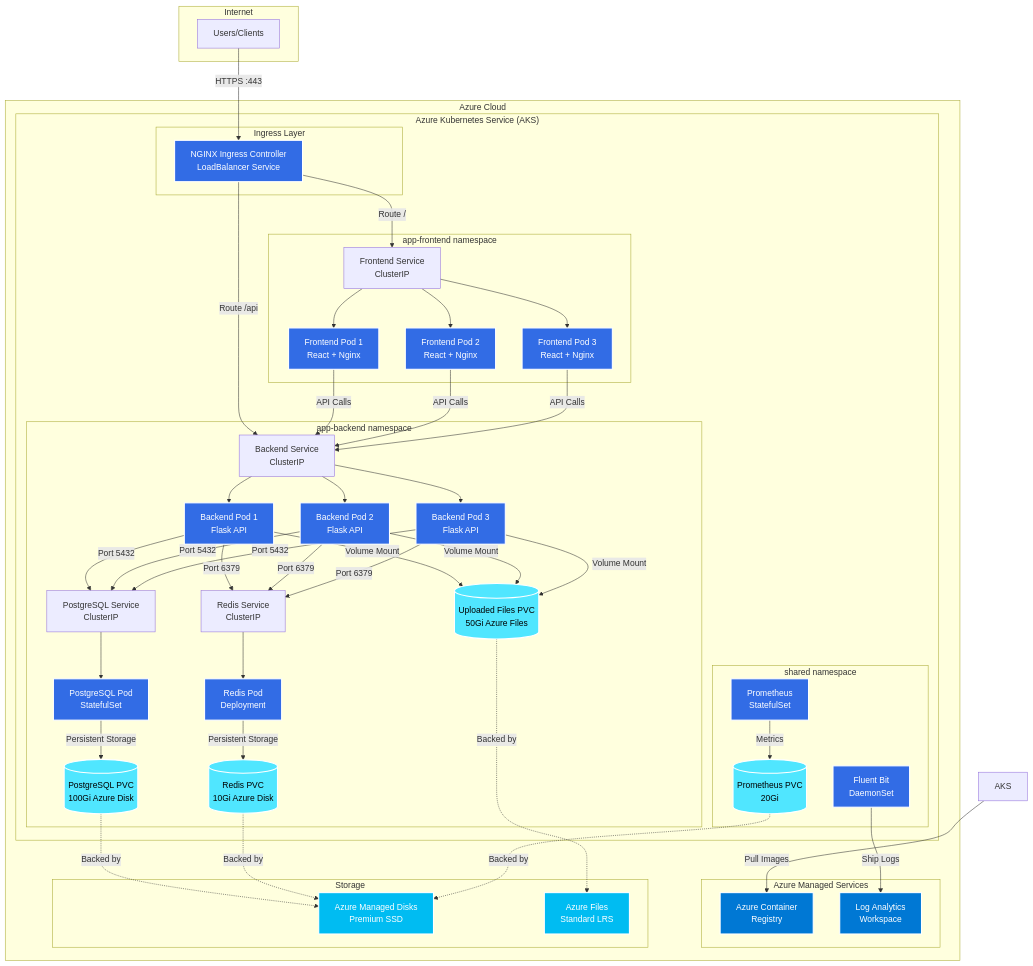
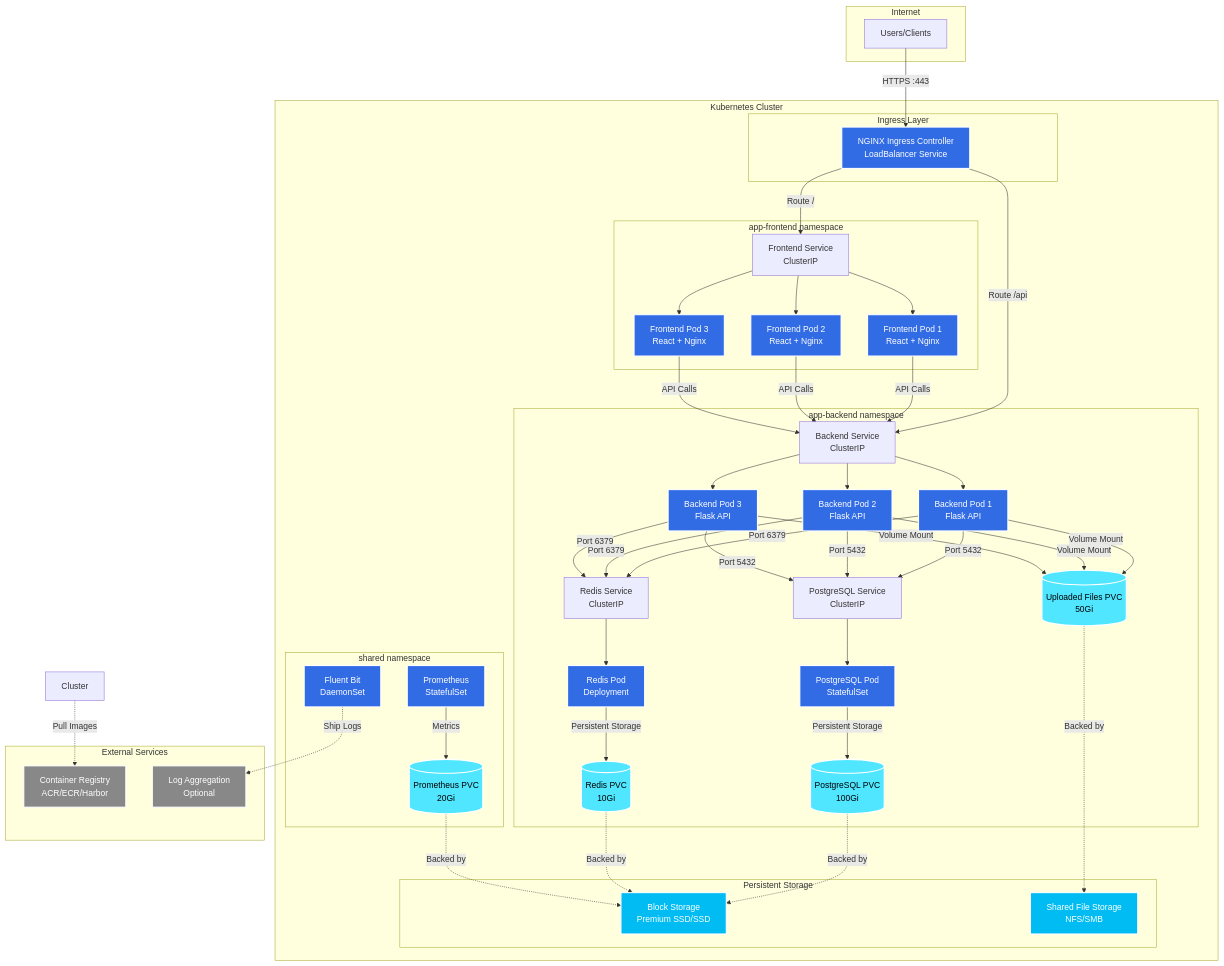
Before and after one commit to 0xtaha/ai-saas-dashboard: the first of 3 diagrams in docs/ARCHITECTURE_ONPREMISE.md, drawn with Mermaid. The commit also changed other lines of this file and 12 other files, not shown here.

```diff
--- a/docs/ARCHITECTURE_ONPREMISE.md
+++ b/docs/ARCHITECTURE_ONPREMISE.md
@@ -30,52 +30,50 @@
         Users[Users/Clients]
     end
 
-    subgraph "Azure Cloud"
-        subgraph "Azure Kubernetes Service (AKS)"
-            subgraph "Ingress Layer"
-                Ingress[NGINX Ingress Controller<br/>LoadBalancer Service]
-            end
-
-            subgraph "app-frontend namespace"
-                FE1[Frontend Pod 1<br/>React + Nginx]
-                FE2[Frontend Pod 2<br/>React + Nginx]
-                FE3[Frontend Pod 3<br/>React + Nginx]
-                FESVC[Frontend Service<br/>ClusterIP]
-            end
-
-            subgraph "app-backend namespace"
-                BE1[Backend Pod 1<br/>Flask API]
-                BE2[Backend Pod 2<br/>Flask API]
-                BE3[Backend Pod 3<br/>Flask API]
-                BESVC[Backend Service<br/>ClusterIP]
-
-                PG[PostgreSQL Pod<br/>StatefulSet]
-                PGSVC[PostgreSQL Service<br/>ClusterIP]
-                PGPVC[(PostgreSQL PVC<br/>100Gi Azure Disk)]
-
-                REDIS[Redis Pod<br/>Deployment]
-                REDISSVC[Redis Service<br/>ClusterIP]
-                REDISPVC[(Redis PVC<br/>10Gi Azure Disk)]
-
-                FILEPVC[(Uploaded Files PVC<br/>50Gi Azure Files)]
-            end
-
-            subgraph "shared namespace"
-                FB[Fluent Bit<br/>DaemonSet]
-                PROM[Prometheus<br/>StatefulSet]
-                PROMPVC[(Prometheus PVC<br/>20Gi)]
-            end
+    subgraph "Kubernetes Cluster"
+        subgraph "Ingress Layer"
+            Ingress[NGINX Ingress Controller<br/>LoadBalancer Service]
         end
 
-        subgraph "Azure Managed Services"
-            ACR[Azure Container<br/>Registry]
-            LA[Log Analytics<br/>Workspace]
+        subgraph "app-frontend namespace"
+            FE1[Frontend Pod 1<br/>React + Nginx]
+            FE2[Frontend Pod 2<br/>React + Nginx]
+            FE3[Frontend Pod 3<br/>React + Nginx]
+            FESVC[Frontend Service<br/>ClusterIP]
         end
 
-        subgraph "Storage"
-            DISK[Azure Managed Disks<br/>Premium SSD]
-            FILES[Azure Files<br/>Standard LRS]
+        subgraph "app-backend namespace"
+            BE1[Backend Pod 1<br/>Flask API]
+            BE2[Backend Pod 2<br/>Flask API]
+            BE3[Backend Pod 3<br/>Flask API]
+            BESVC[Backend Service<br/>ClusterIP]
+
+            PG[PostgreSQL Pod<br/>StatefulSet]
+            PGSVC[PostgreSQL Service<br/>ClusterIP]
+            PGPVC[(PostgreSQL PVC<br/>100Gi)]
+
+            REDIS[Redis Pod<br/>Deployment]
+            REDISSVC[Redis Service<br/>ClusterIP]
+            REDISPVC[(Redis PVC<br/>10Gi)]
+
+            FILEPVC[(Uploaded Files PVC<br/>50Gi)]
         end
+
+        subgraph "shared namespace"
+            FB[Fluent Bit<br/>DaemonSet]
+            PROM[Prometheus<br/>StatefulSet]
+            PROMPVC[(Prometheus PVC<br/>20Gi)]
+        end
+
+        subgraph "Persistent Storage"
+            DISK[Block Storage<br/>Premium SSD/SSD]
+            FILES[Shared File Storage<br/>NFS/SMB]
+        end
+    end
+
+    subgraph "External Services"
+        CR[Container Registry<br/>ACR/ECR/Harbor]
+        LA[Log Aggregation<br/>Optional]
     end
 
     Users -->|HTTPS :443| Ingress
@@ -97,22 +95,22 @@
     PG -->|Persistent Storage| PGPVC
     REDIS -->|Persistent Storage| REDISPVC
 
-    FB -->|Ship Logs| LA
+    FB -.->|Ship Logs| LA
     PROM -->|Metrics| PROMPVC
 
-    AKS -->|Pull Images| ACR
+    Cluster -.->|Pull Images| CR
 
     PGPVC -.->|Backed by| DISK
     REDISPVC -.->|Backed by| DISK
     FILEPVC -.->|Backed by| FILES
     PROMPVC -.->|Backed by| DISK
 
-    classDef azure fill:#0078D4,stroke:#fff,stroke-width:2px,color:#fff
+    classDef external fill:#888,stroke:#fff,stroke-width:2px,color:#fff
     classDef k8s fill:#326CE5,stroke:#fff,stroke-width:2px,color:#fff
     classDef storage fill:#00BCF2,stroke:#fff,stroke-width:2px,color:#fff
     classDef data fill:#50E6FF,stroke:#fff,stroke-width:2px,color:#000
 
-    class ACR,LA azure
+    class CR,LA external
     class Ingress,FE1,FE2,FE3,BE1,BE2,BE3,FB,PROM,PG,REDIS k8s
     class DISK,FILES storage
     class PGPVC,REDISPVC,FILEPVC,PROMPVC data
```
